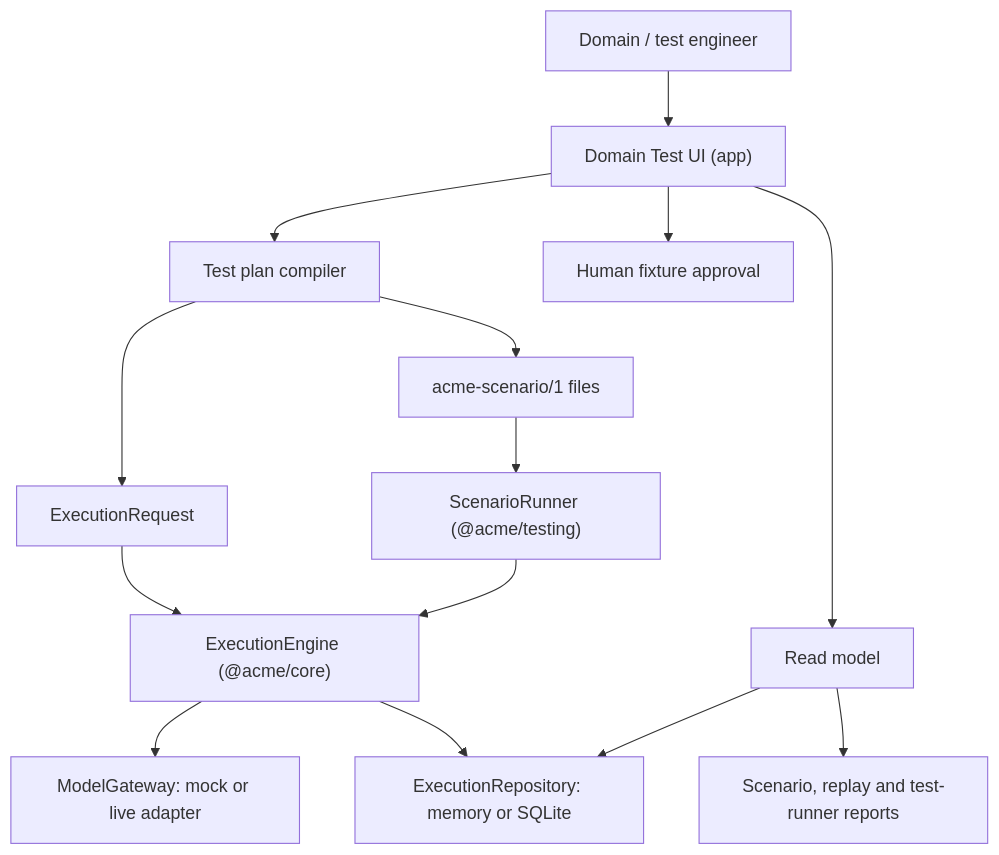
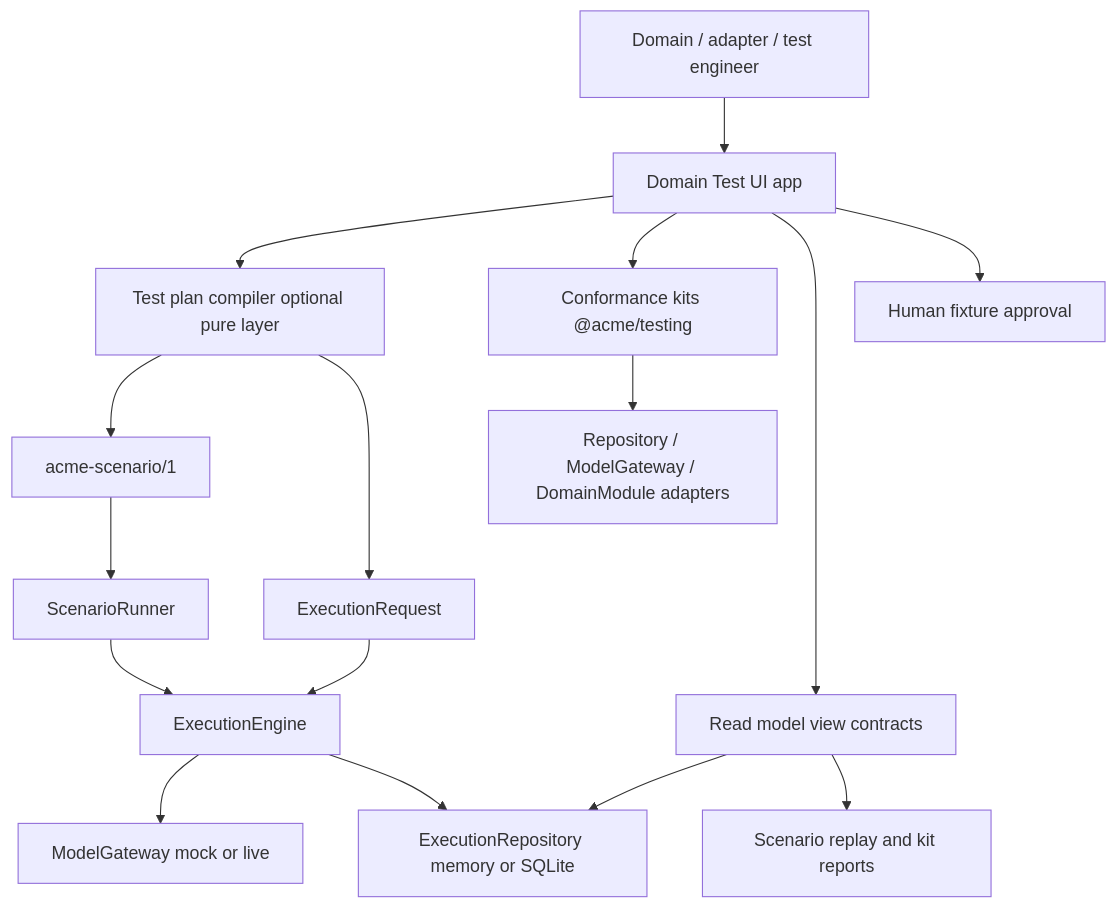
Before and after one commit to zackemannen81/acme-engine: the diagram in docs/design/domain-test-ui-specification.md, drawn with Mermaid. The commit also changed other lines of this file and 15 other files, not shown here.

First line of the commit message:
ACME-0038: rewrite Domain Test UI specification and clear resolved backlog

````diff
--- a/docs/design/domain-test-ui-specification.md
+++ b/docs/design/domain-test-ui-specification.md
@@ -82,16 +89,18 @@
 ```mermaid
 flowchart TB
-  user["Domain / test engineer"] --> ui["Domain Test UI (app)"]
-  ui --> plan["Test plan compiler"]
-  plan --> scenario["acme-scenario/1 files"]
+  user["Domain / adapter / test engineer"] --> ui["Domain Test UI app"]
+  ui --> plan["Test plan compiler optional pure layer"]
+  plan --> scenario["acme-scenario/1"]
   plan --> request["ExecutionRequest"]
-  scenario --> runner["ScenarioRunner (@acme/testing)"]
-  request --> engine["ExecutionEngine (@acme/core)"]
+  scenario --> runner["ScenarioRunner"]
+  request --> engine["ExecutionEngine"]
   runner --> engine
-  engine --> gateway["ModelGateway: mock or live adapter"]
-  engine --> repo["ExecutionRepository: memory or SQLite"]
-  ui --> read["Read model"]
+  ui --> kits["Conformance kits @acme/testing"]
+  kits --> adapters["Repository / ModelGateway / DomainModule adapters"]
+  engine --> gateway["ModelGateway mock or live"]
+  engine --> repo["ExecutionRepository memory or SQLite"]
+  ui --> read["Read model view contracts"]
   read --> repo
-  read --> reports["Scenario, replay and test-runner reports"]
+  read --> reports["Scenario replay and kit reports"]
   ui --> approve["Human fixture approval"]
 ```
````
